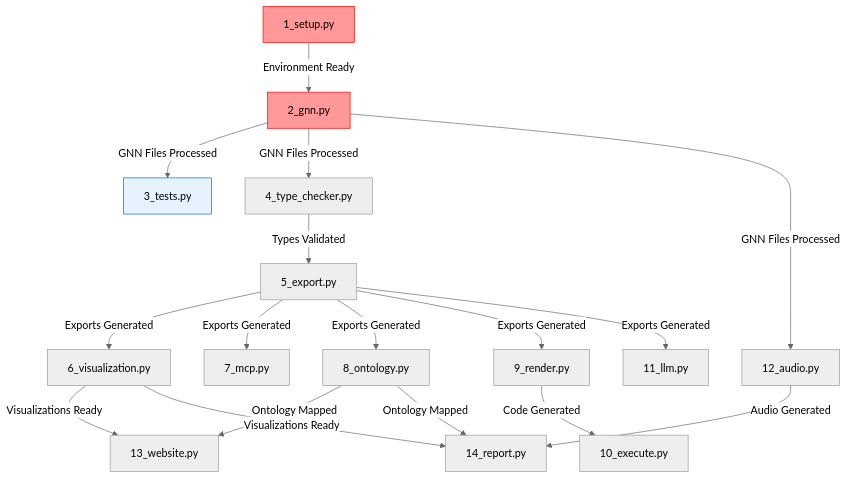
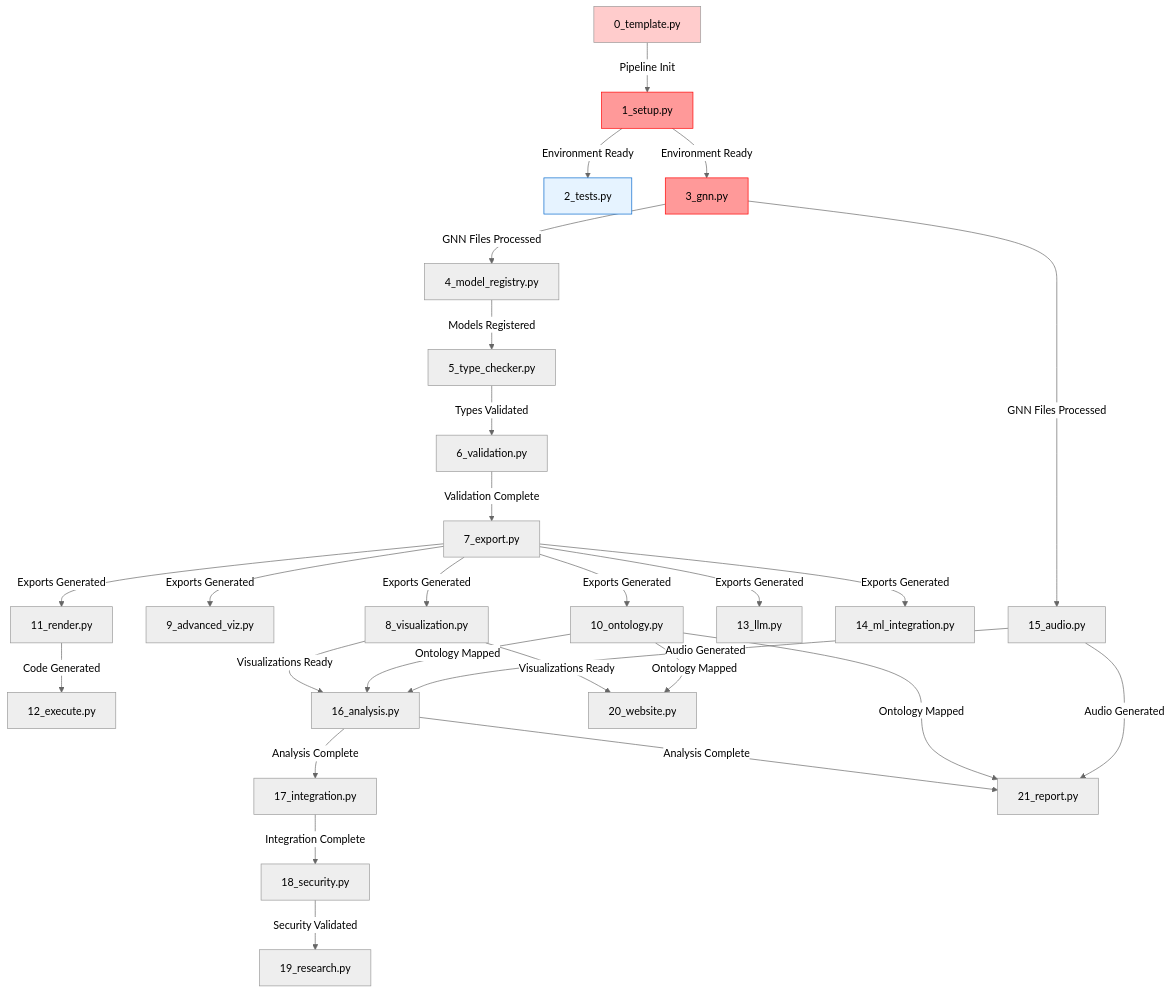
The diagram in doc/pipeline/PIPELINE_FLOW.md (ActiveInferenceInstitute/GeneralizedNotationNotation), drawn with Mermaid (neutral theme) before and after one commit. The commit also changed other lines of this file and 4 other files, not shown here.

````diff
--- a/doc/pipeline/PIPELINE_FLOW.md
+++ b/doc/pipeline/PIPELINE_FLOW.md
@@ -10,23 +10,34 @@
 ```mermaid
 graph TD
-    A[1_setup.py] -->|Environment Ready| B[2_gnn.py]
-    B -->|GNN Files Processed| C[3_tests.py]
-    B -->|GNN Files Processed| D[4_type_checker.py]
-    D -->|Types Validated| E[5_export.py]
-    E -->|Exports Generated| F[6_visualization.py]
-    E -->|Exports Generated| G[7_mcp.py]
-    E -->|Exports Generated| H[8_ontology.py]
-    E -->|Exports Generated| I[9_render.py]
-    I -->|Code Generated| J[10_execute.py]
-    E -->|Exports Generated| K[11_llm.py]
-    B -->|GNN Files Processed| L[12_audio.py]
-    F -->|Visualizations Ready| M[13_website.py]
-    H -->|Ontology Mapped| M
-    F -->|Visualizations Ready| N[14_report.py]
-    H -->|Ontology Mapped| N
-    L -->|Audio Generated| N
+    A[0_template.py] -->|Pipeline Init| B[1_setup.py]
+    B -->|Environment Ready| C[2_tests.py]
+    B -->|Environment Ready| D[3_gnn.py]
+    D -->|GNN Files Processed| E[4_model_registry.py]
+    E -->|Models Registered| F[5_type_checker.py]
+    F -->|Types Validated| G[6_validation.py]
+    G -->|Validation Complete| H[7_export.py]
+    H -->|Exports Generated| I[8_visualization.py]
+    H -->|Exports Generated| J[9_advanced_viz.py]
+    H -->|Exports Generated| K[10_ontology.py]
+    H -->|Exports Generated| L[11_render.py]
+    L -->|Code Generated| M[12_execute.py]
+    H -->|Exports Generated| N[13_llm.py]
+    H -->|Exports Generated| O[14_ml_integration.py]
+    D -->|GNN Files Processed| P[15_audio.py]
+    I -->|Visualizations Ready| Q[16_analysis.py]
+    K -->|Ontology Mapped| Q
+    P -->|Audio Generated| Q
+    Q -->|Analysis Complete| R[17_integration.py]
+    R -->|Integration Complete| S[18_security.py]
+    S -->|Security Validated| T[19_research.py]
+    I -->|Visualizations Ready| U[20_website.py]
+    K -->|Ontology Mapped| U
+    Q -->|Analysis Complete| V[21_report.py]
+    K -->|Ontology Mapped| V
+    P -->|Audio Generated| V
     
-    style A fill:#ff9999,stroke:#ff0000
+    style A fill:#ffcccc
     style B fill:#ff9999,stroke:#ff0000
+    style D fill:#ff9999,stroke:#ff0000
     style C fill:#e6f3ff,stroke:#0066cc
 ```
````
